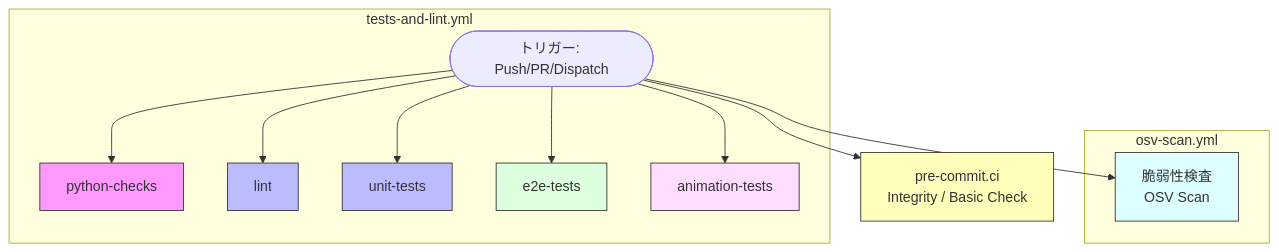
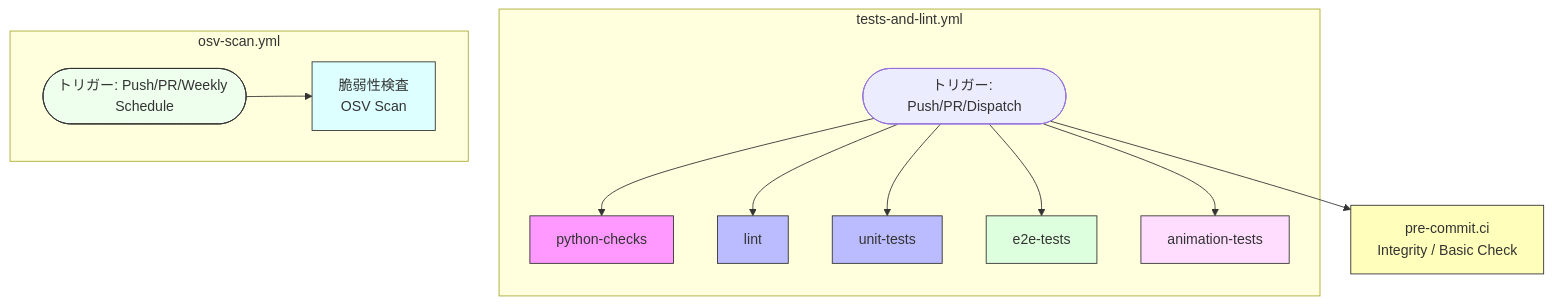
The first of 2 diagrams in docs/README_ACTIONS.md (masanori-satake/QuickLog-Solo), drawn with Mermaid before and after one commit. The commit also changed other lines of this file, not shown here.

Commit message:
fix: apply CodeRabbit auto-fixes
Fixed 1 file(s) based on 1 unresolved review comment.

````diff
--- a/docs/README_ACTIONS.md
+++ b/docs/README_ACTIONS.md
@@ -93,25 +93,27 @@
 ```mermaid
 graph TD
     Start([トリガー: Push/PR/Dispatch])
     Start --> PreCommit[pre-commit.ci<br/>Integrity / Basic Check]
 
     subgraph "tests-and-lint.yml"
         Start --> Job1[python-checks]
         Start --> Job2[lint]
         Start --> Job3[unit-tests]
         Start --> Job4[e2e-tests]
         Start --> Job5[animation-tests]
     end
 
+    StartOSV([トリガー: Push/PR/Weekly Schedule])
     subgraph "osv-scan.yml"
-        Start --> OSVScan[脆弱性検査<br/>OSV Scan]
+        StartOSV --> OSVScan[脆弱性検査<br/>OSV Scan]
     end
 
     style Job1 fill:#f9f,stroke:#333
     style Job2 fill:#bbf,stroke:#333
     style Job3 fill:#bbf,stroke:#333
     style Job4 fill:#dfd,stroke:#333
     style Job5 fill:#fdf,stroke:#333
     style PreCommit fill:#ffb,stroke:#333
     style OSVScan fill:#dff,stroke:#333
+    style StartOSV fill:#efe,stroke:#333
 ```
````
